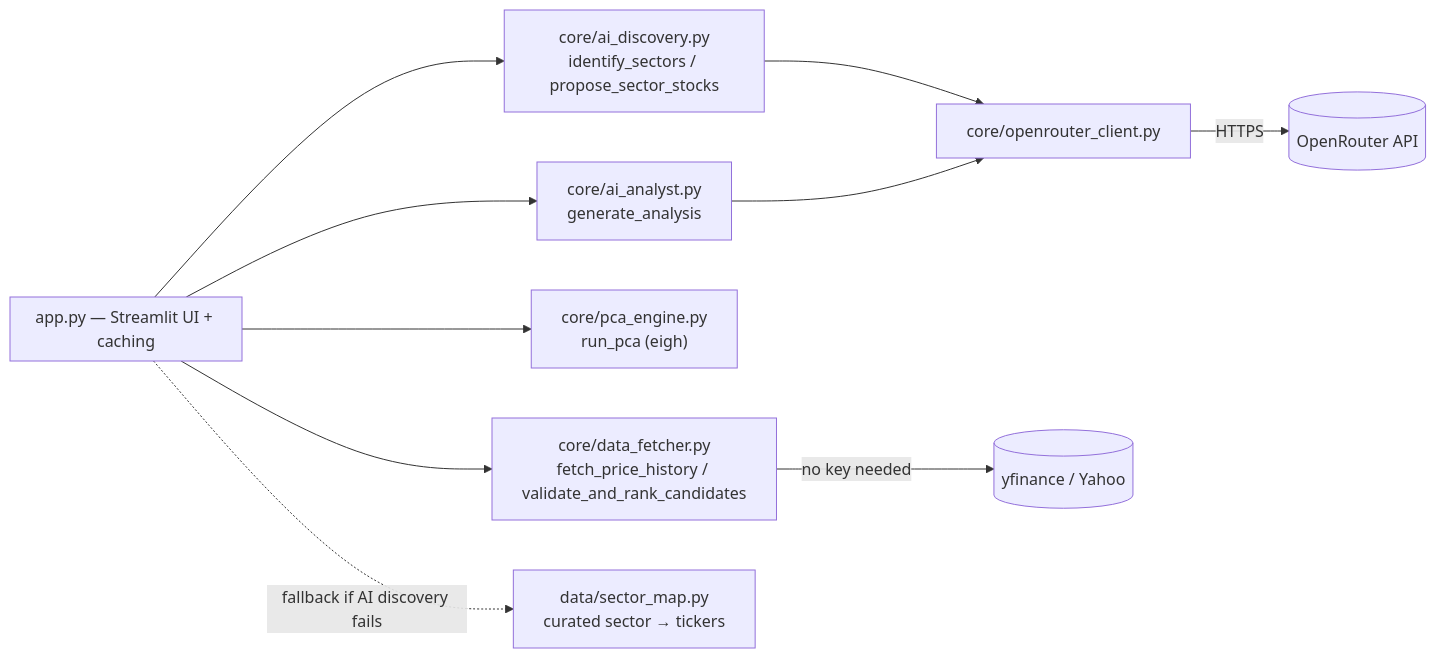
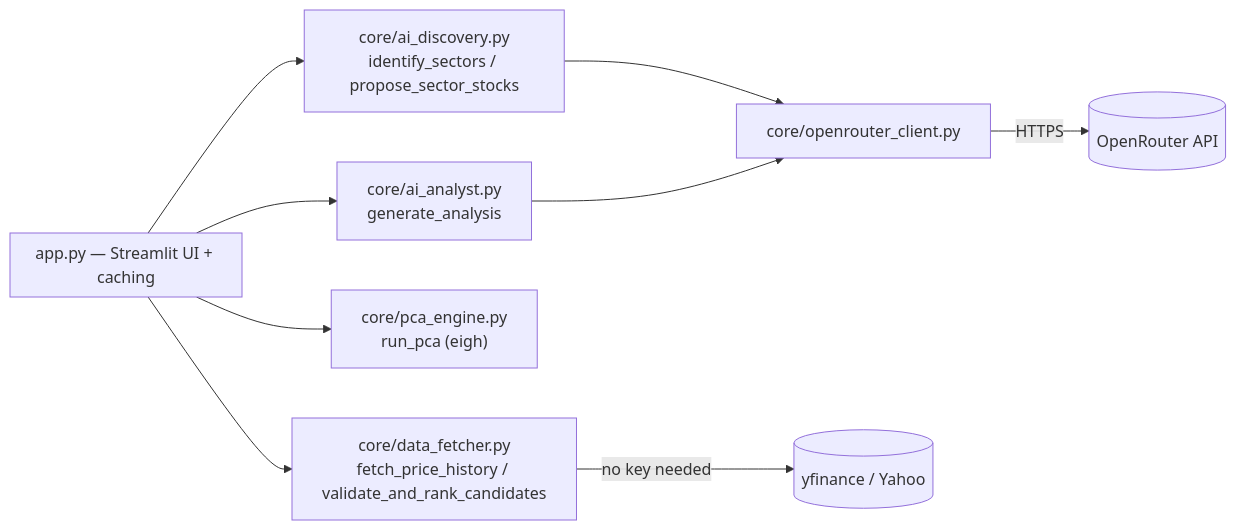
One commit to chichihayes/ai-sector-eigen-correlation-explorer changed the first of 2 diagrams in README.md. Above: the diagram before and after it, drawn with Mermaid. The commit also changed other lines of this file and 5 other files, not shown here.

First line of the commit message:
Remove curated sector_map.py fallback

````diff
--- a/README.md
+++ b/README.md
@@ -50,18 +45,16 @@
 ```mermaid
 graph LR
     subgraph UI["app.py — Streamlit UI + caching"]
     end
 
     UI --> Discovery["core/ai_discovery.py<br/>identify_sectors / propose_sector_stocks"]
     UI --> Fetcher["core/data_fetcher.py<br/>fetch_price_history / validate_and_rank_candidates"]
     UI --> PCA["core/pca_engine.py<br/>run_pca (eigh)"]
     UI --> Analyst["core/ai_analyst.py<br/>generate_analysis"]
 
     Discovery --> Client["core/openrouter_client.py"]
     Analyst --> Client
     Client -->|HTTPS| OpenRouter[(OpenRouter API)]
 
     Fetcher -->|no key needed| YFinance[(yfinance / Yahoo)]
-
-    UI -.fallback if AI discovery fails.-> SectorMap["data/sector_map.py<br/>curated sector → tickers"]
 ```
````
